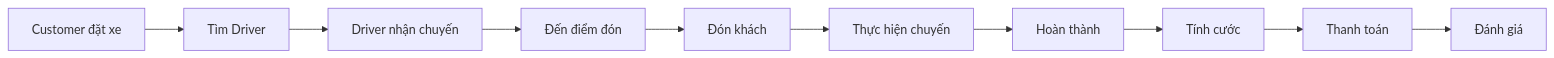
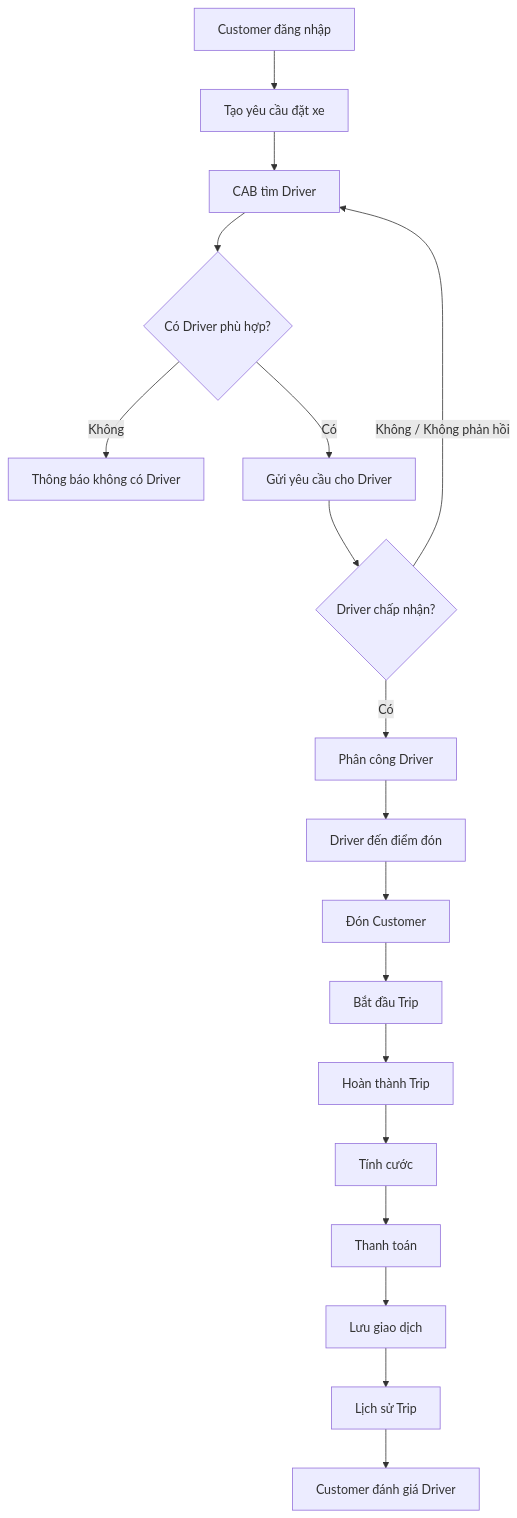
Before and after one commit to ntthuyvy0205-source/23662281_NguyenThiThuyVy_CABSYSTEM: the second of 9 diagrams in SRS.md, drawn with Mermaid. The commit also changed other lines of this file, not shown here.

````diff
--- a/SRS.md
+++ b/SRS.md
@@ -197,12 +472,27 @@
 ```mermaid
-flowchart LR
-    A[Customer đặt xe] --> B[Tìm Driver]
-    B --> C[Driver nhận chuyến]
-    C --> D[Đến điểm đón]
-    D --> E[Đón khách]
-    E --> F[Thực hiện chuyến]
-    F --> G[Hoàn thành]
-    G --> H[Tính cước]
-    H --> I[Thanh toán]
-    I --> J[Đánh giá]
+flowchart TD
+    A["Customer đăng nhập"] --> B["Tạo yêu cầu đặt xe"]
+    B --> C["CAB tìm Driver"]
+
+    C --> D{"Có Driver phù hợp?"}
+
+    D -- "Không" --> E["Thông báo không có Driver"]
+    D -- "Có" --> F["Gửi yêu cầu cho Driver"]
+
+    F --> G{"Driver chấp nhận?"}
+
+    G -- "Không / Không phản hồi" --> C
+    G -- "Có" --> H["Phân công Driver"]
+
+    H --> I["Driver đến điểm đón"]
+    I --> J["Đón Customer"]
+    J --> K["Bắt đầu Trip"]
+    K --> L["Hoàn thành Trip"]
+
+    L --> M["Tính cước"]
+    M --> N["Thanh toán"]
+
+    N --> O["Lưu giao dịch"]
+    O --> P["Lịch sử Trip"]
+    P --> Q["Customer đánh giá Driver"]
 ```
````
